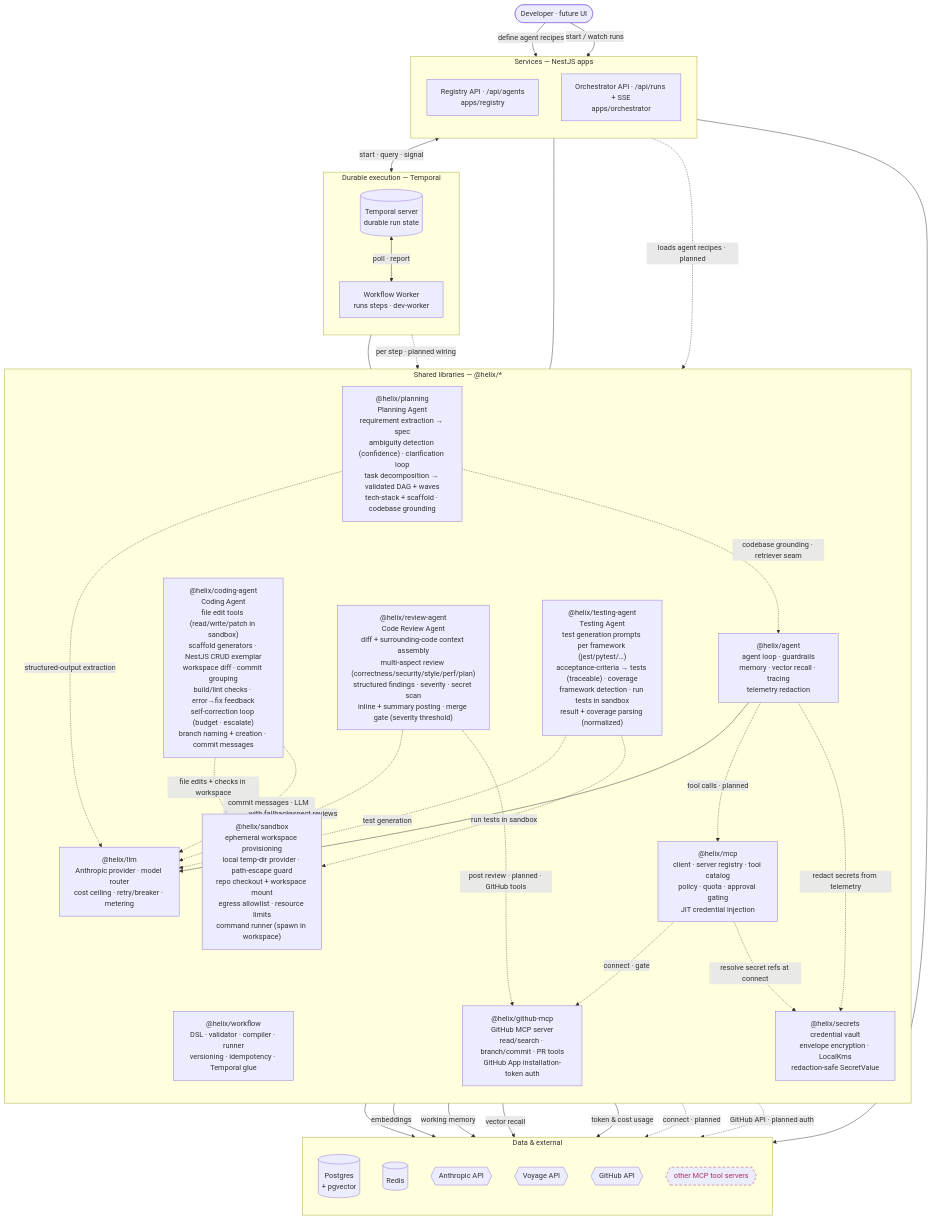
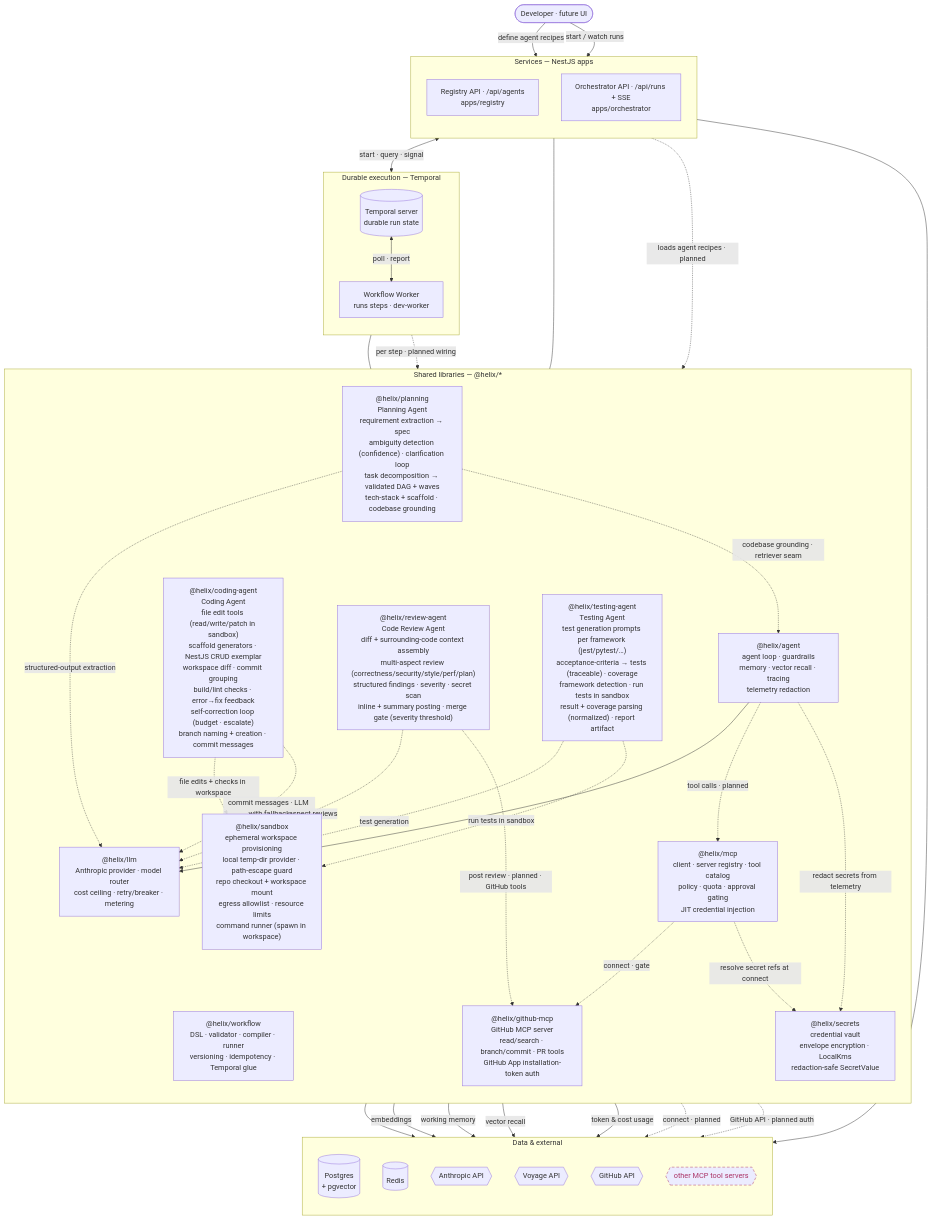
The first of 2 diagrams in docs/ARCHITECTURE.md (shhashhank/helix), drawn with Mermaid before and after one commit. The commit also changed 4 other files, not shown here.

First line of the commit message:
HELIX-121: test report artifact (#84)

````diff
--- a/docs/ARCHITECTURE.md
+++ b/docs/ARCHITECTURE.md
@@ -16,74 +16,74 @@
 ```mermaid
 flowchart TB
   user([Developer · future UI])
 
   subgraph svc["Services — NestJS apps"]
     direction TB
     reg["Registry API · /api/agents<br/>apps/registry"]
     orc["Orchestrator API · /api/runs + SSE<br/>apps/orchestrator"]
   end
 
   subgraph dur["Durable execution — Temporal"]
     direction TB
     tmp[("Temporal server<br/>durable run state")]
     wkr["Workflow Worker<br/>runs steps · dev-worker"]
   end
 
   subgraph lib["Shared libraries — @helix/*"]
     direction TB
     wf["@helix/workflow<br/>DSL · validator · compiler · runner<br/>versioning · idempotency · Temporal glue"]
     ag["@helix/agent<br/>agent loop · guardrails<br/>memory · vector recall · tracing<br/>telemetry redaction"]
     lm["@helix/llm<br/>Anthropic provider · model router<br/>cost ceiling · retry/breaker · metering"]
     mc["@helix/mcp<br/>client · server registry · tool catalog<br/>policy · quota · approval gating<br/>JIT credential injection"]
     gh["@helix/github-mcp<br/>GitHub MCP server<br/>read/search · branch/commit · PR tools<br/>GitHub App installation-token auth"]
     sec["@helix/secrets<br/>credential vault<br/>envelope encryption · LocalKms<br/>redaction-safe SecretValue"]
     pl["@helix/planning<br/>Planning Agent<br/>requirement extraction → spec<br/>ambiguity detection (confidence) · clarification loop<br/>task decomposition → validated DAG + waves<br/>tech-stack + scaffold · codebase grounding"]
     sbx["@helix/sandbox<br/>ephemeral workspace provisioning<br/>local temp-dir provider · path-escape guard<br/>repo checkout + workspace mount<br/>egress allowlist · resource limits<br/>command runner (spawn in workspace)"]
     cag["@helix/coding-agent<br/>Coding Agent<br/>file edit tools (read/write/patch in sandbox)<br/>scaffold generators · NestJS CRUD exemplar<br/>workspace diff · commit grouping<br/>build/lint checks · error→fix feedback<br/>self-correction loop (budget · escalate)<br/>branch naming + creation · commit messages"]
     rev["@helix/review-agent<br/>Code Review Agent<br/>diff + surrounding-code context assembly<br/>multi-aspect review (correctness/security/style/perf/plan)<br/>structured findings · severity · secret scan<br/>inline + summary posting · merge gate (severity threshold)"]
-    tst["@helix/testing-agent<br/>Testing Agent<br/>test generation prompts per framework (jest/pytest/…)<br/>acceptance-criteria → tests (traceable) · coverage<br/>framework detection · run tests in sandbox<br/>result + coverage parsing (normalized)"]
+    tst["@helix/testing-agent<br/>Testing Agent<br/>test generation prompts per framework (jest/pytest/…)<br/>acceptance-criteria → tests (traceable) · coverage<br/>framework detection · run tests in sandbox<br/>result + coverage parsing (normalized) · report artifact"]
   end
 
   subgraph dat["Data & external"]
     direction TB
     pg[("Postgres<br/>+ pgvector")]
     rd[("Redis")]
     an{{Anthropic API}}
     vo{{Voyage API}}
     gha{{GitHub API}}
     ext{{other MCP tool servers}}
   end
 
   user -->|define agent recipes| reg
   user -->|start / watch runs| orc
   reg --> pg
   orc <-->|start · query · signal| tmp
   tmp <-->|poll · report| wkr
   wkr --- wf
   orc --- wf
   wkr -.->|per step · planned wiring| ag
   reg -.->|loads agent recipes · planned| ag
   ag --> lm
   ag -.->|tool calls · planned| mc
   lm --> an
   ag -->|embeddings| vo
   ag -->|working memory| rd
   ag -->|vector recall| pg
   lm -->|token & cost usage| pg
   mc -.->|connect · gate| gh
   mc -.->|connect · planned| ext
   mc -.->|resolve secret refs at connect| sec
   ag -.->|redact secrets from telemetry| sec
   pl -.->|structured-output extraction| lm
   pl -.->|codebase grounding · retriever seam| ag
   cag -.->|file edits + checks in workspace| sbx
   cag -.->|commit messages · LLM with fallback| lm
   rev -.->|aspect reviews| lm
   tst -.->|test generation| lm
   tst -.->|run tests in sandbox| sbx
   rev -.->|post review · planned · GitHub tools| gh
   gh -.->|GitHub API · planned auth| gha
 
   classDef planned stroke-dasharray:6 4,stroke:#a36,color:#a36;
   class ext planned;
 ```
````
